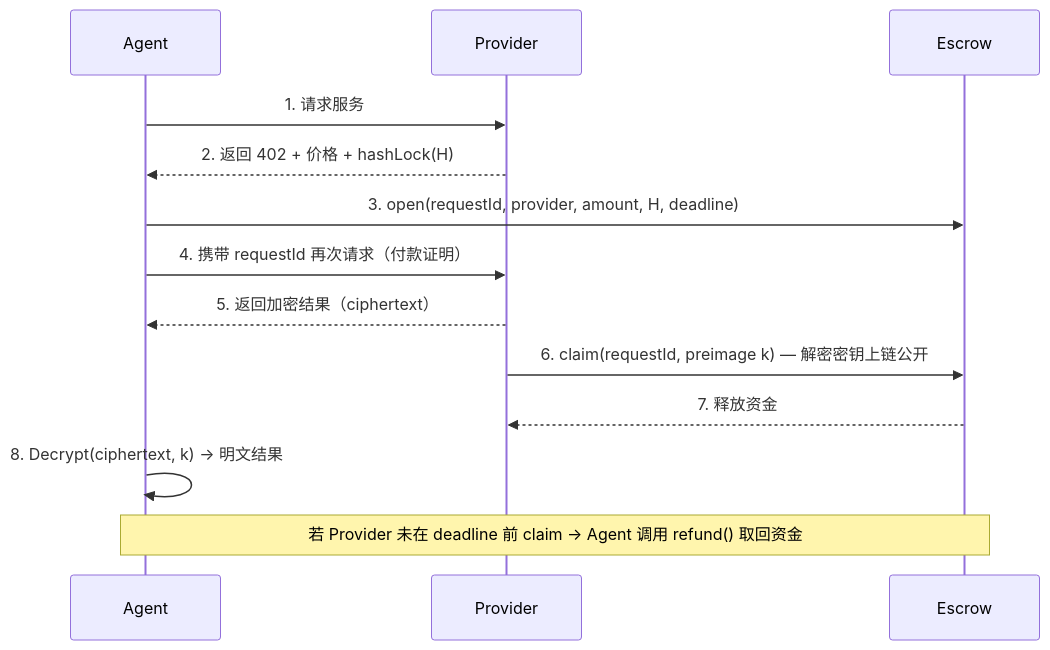
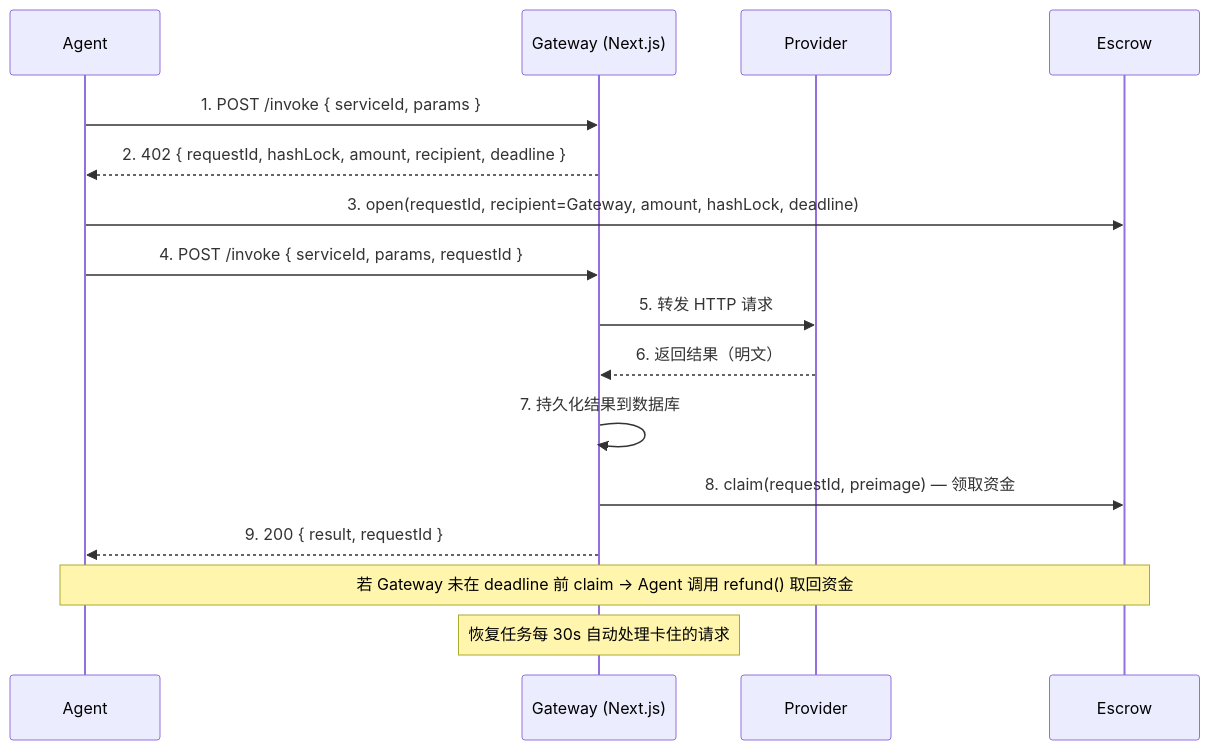
One commit to ccclucky/neuro-stream changed the diagram in README.md. Above: the diagram before and after it, drawn with Mermaid. The commit also changed other lines of this file and 5 other files, not shown here.

First line of the commit message:
docs: update all documentation for v3 Gateway architecture

````diff
--- a/README.md
+++ b/README.md
@@ -13,17 +17,20 @@
 ```mermaid
 sequenceDiagram
     participant Agent
+    participant Gateway as Gateway (Next.js)
     participant Provider
     participant Escrow
 
-    Agent->>Provider: 1. 请求服务
-    Provider-->>Agent: 2. 返回 402 + 价格 + hashLock(H)
-    Agent->>Escrow: 3. open(requestId, provider, amount, H, deadline)
-    Agent->>Provider: 4. 携带 requestId 再次请求（付款证明）
-    Provider-->>Agent: 5. 返回加密结果（ciphertext）
-    Provider->>Escrow: 6. claim(requestId, preimage k) — 解密密钥上链公开
-    Escrow-->>Provider: 7. 释放资金
-    Agent->>Agent: 8. Decrypt(ciphertext, k) → 明文结果
+    Agent->>Gateway: 1. POST /invoke { serviceId, params }
+    Gateway-->>Agent: 2. 402 { requestId, hashLock, amount, recipient, deadline }
+    Agent->>Escrow: 3. open(requestId, recipient=Gateway, amount, hashLock, deadline)
+    Agent->>Gateway: 4. POST /invoke { serviceId, params, requestId }
+    Gateway->>Provider: 5. 转发 HTTP 请求
+    Provider-->>Gateway: 6. 返回结果（明文）
+    Gateway->>Gateway: 7. 持久化结果到数据库
+    Gateway->>Escrow: 8. claim(requestId, preimage) — 领取资金
+    Gateway-->>Agent: 9. 200 { result, requestId }
 
-    Note over Agent,Escrow: 若 Provider 未在 deadline 前 claim → Agent 调用 refund() 取回资金
+    Note over Agent,Escrow: 若 Gateway 未在 deadline 前 claim → Agent 调用 refund() 取回资金
+    Note over Gateway: 恢复任务每 30s 自动处理卡住的请求
 ```
````
